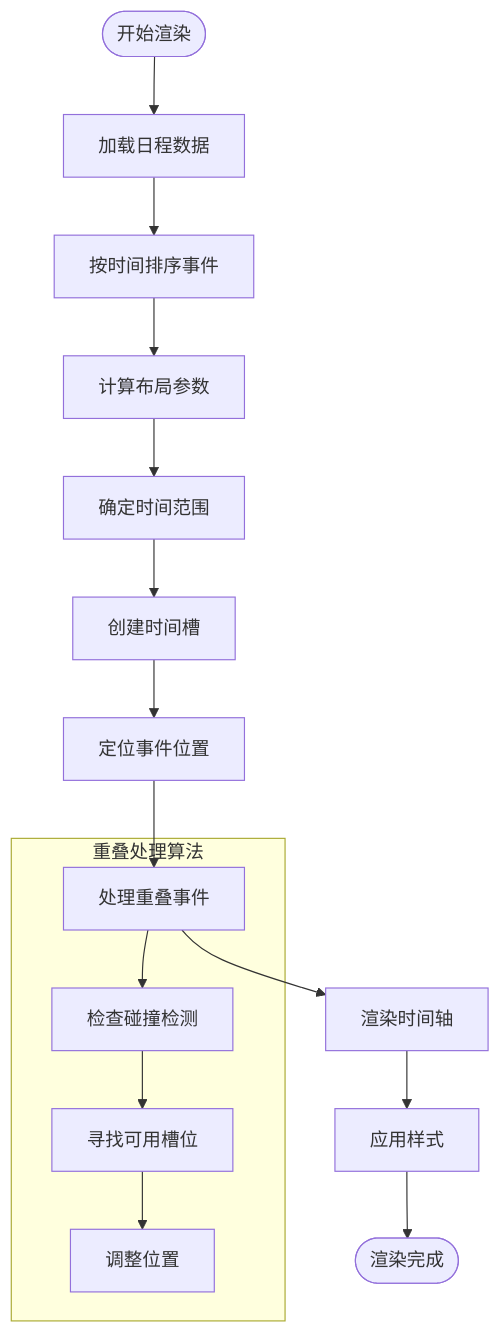
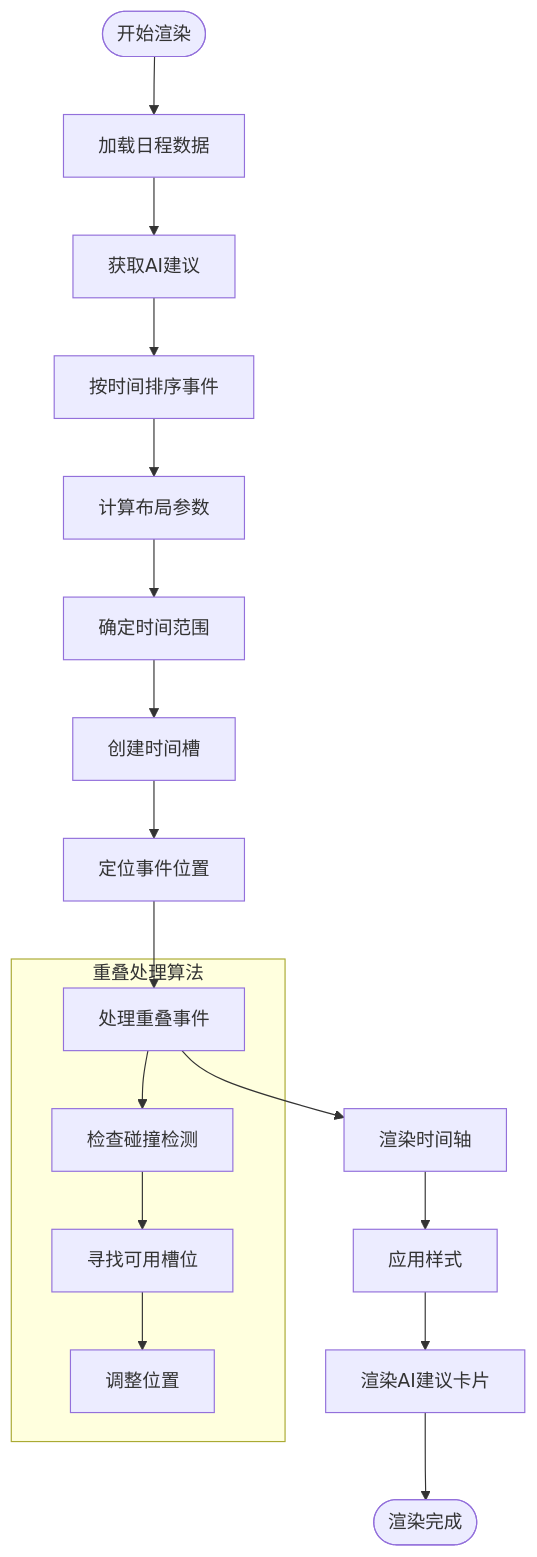
The fifth of 12 diagrams in .qoder/repowiki/zh/content/API参考/DailySchedule 日程管理组件.md (xianjianshenqu/SalesFlow-CRM), drawn with Mermaid before and after one commit. The commit also changed other lines of this file and 15 other files, not shown here.

````diff
--- a/.qoder/repowiki/zh/content/API参考/DailySchedule 日程管理组件.md
+++ b/.qoder/repowiki/zh/content/API参考/DailySchedule 日程管理组件.md
@@ -256,18 +333,20 @@
 ```mermaid
 flowchart TD
 Start([开始渲染]) --> LoadData[加载日程数据]
-LoadData --> SortEvents[按时间排序事件]
+LoadData --> FetchAISuggestions[获取AI建议]
+FetchAISuggestions --> SortEvents[按时间排序事件]
 SortEvents --> CalculateLayout[计算布局参数]
 CalculateLayout --> DetermineTimeRange[确定时间范围]
 DetermineTimeRange --> CreateTimeSlots[创建时间槽]
 CreateTimeSlots --> PositionEvents[定位事件位置]
 PositionEvents --> HandleOverlap[处理重叠事件]
 HandleOverlap --> RenderTimeline[渲染时间轴]
 RenderTimeline --> ApplyStyling[应用样式]
-ApplyStyling --> End([渲染完成])
+ApplyStyling --> RenderAICard[渲染AI建议卡片]
+RenderAICard --> End([渲染完成])
 subgraph "重叠处理算法"
 HandleOverlap --> CheckCollision[检查碰撞检测]
 CheckCollision --> FindAvailableSlot[寻找可用槽位]
 FindAvailableSlot --> AdjustPosition[调整位置]
 end
 ```
````
